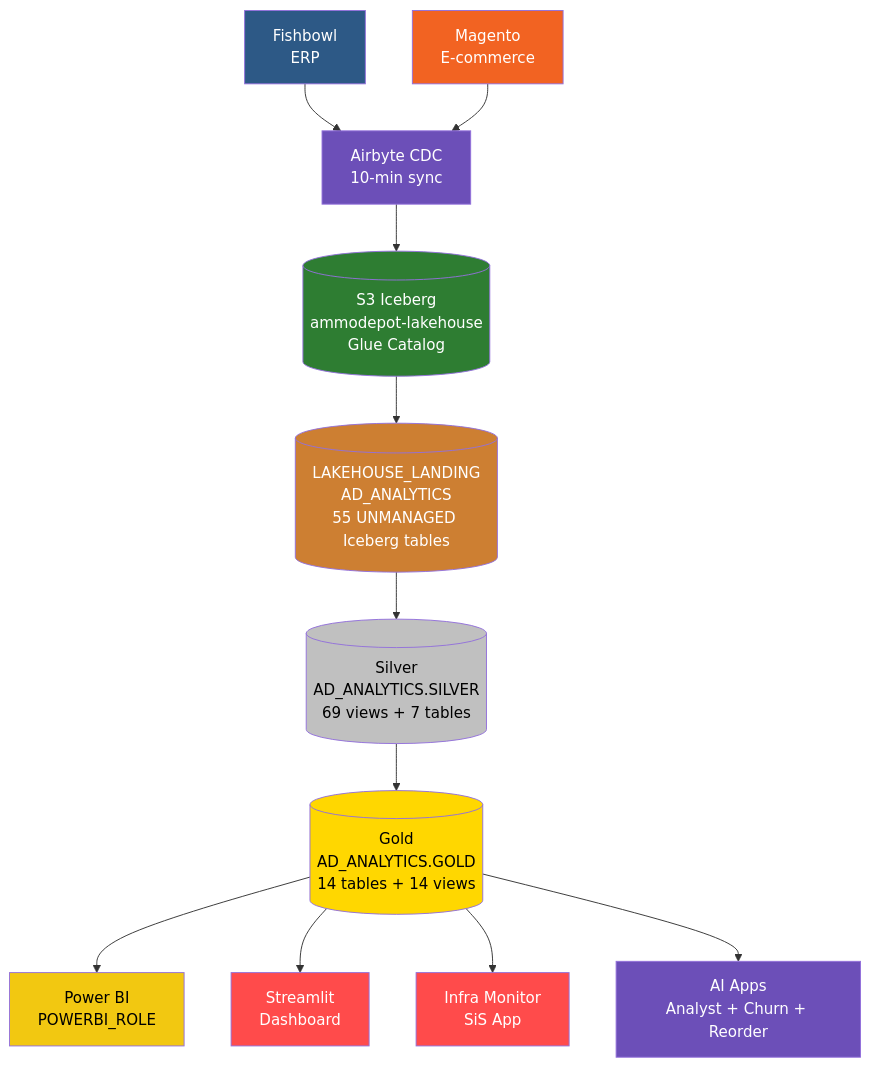
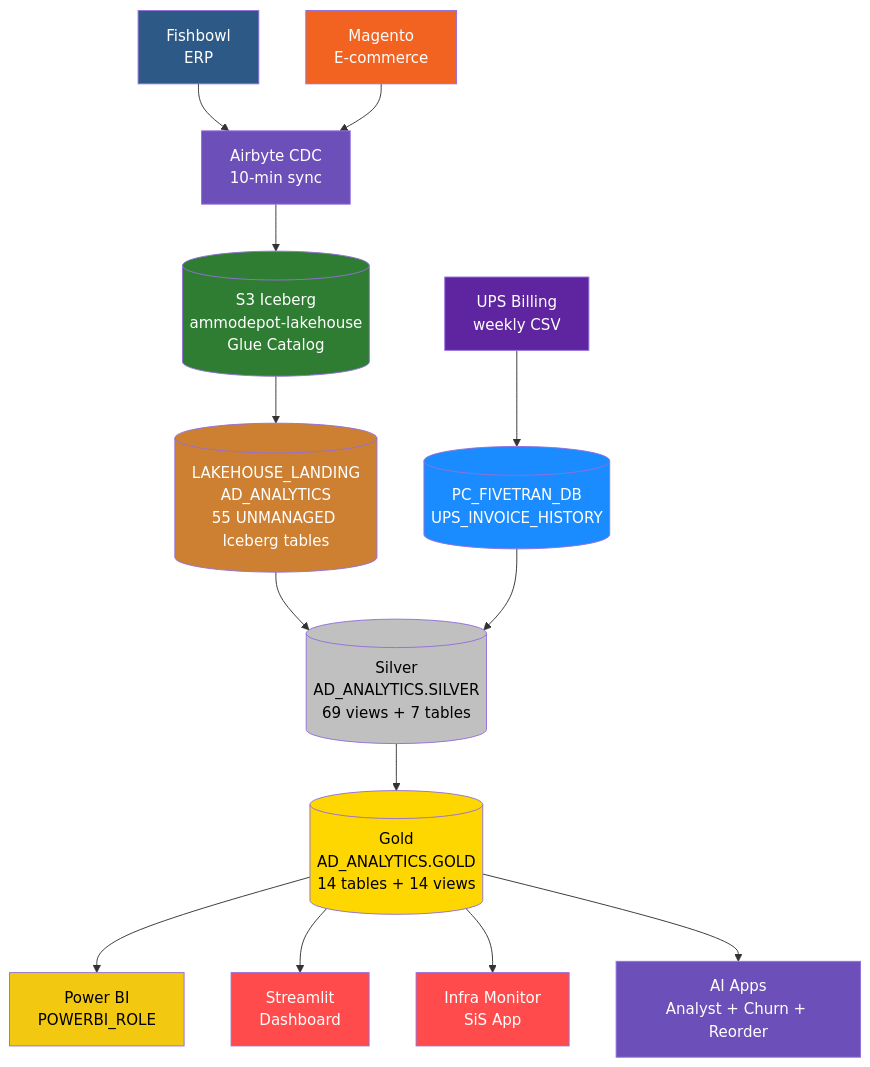
One commit to trinityBI-HQ/dbt_ammodepot changed the first of 4 diagrams in README.md. Above: the diagram before and after it, drawn with Mermaid. The commit also changed other lines of this file, not shown here.

````diff
--- a/README.md
+++ b/README.md
@@ -13,30 +13,34 @@
 ```mermaid
 flowchart TD
     FB[Fishbowl<br/>ERP] --> AC[Airbyte CDC<br/>10-min sync]
     MG[Magento<br/>E-commerce] --> AC
+    UPS[UPS Billing<br/>weekly CSV] --> FT[(PC_FIVETRAN_DB<br/>UPS_INVOICE_HISTORY)]
 
     AC --> S3[(S3 Iceberg<br/>ammodepot-lakehouse<br/>Glue Catalog)]
 
     S3 --> LL[(LAKEHOUSE_LANDING<br/>AD_ANALYTICS<br/>55 UNMANAGED Iceberg tables)]
 
     LL --> SV[(Silver<br/>AD_ANALYTICS.SILVER<br/>69 views + 7 tables)]
+    FT --> SV
 
     SV --> GD[(Gold<br/>AD_ANALYTICS.GOLD<br/>14 tables + 14 views)]
 
     GD --> PBI[Power BI<br/>POWERBI_ROLE]
     GD --> ST[Streamlit<br/>Dashboard]
     GD --> CM[Infra Monitor<br/>SiS App]
     GD --> AI[AI Apps<br/>Analyst + Churn + Reorder]
 
     style S3 fill:#2e7d32,color:#fff
     style LL fill:#cd7f32,color:#fff
     style SV fill:#c0c0c0,color:#000
     style GD fill:#ffd700,color:#000
     style FB fill:#2d5986,color:#fff
     style MG fill:#f26322,color:#fff
     style AC fill:#6c4fb8,color:#fff
     style PBI fill:#f2c811,color:#000
     style ST fill:#ff4b4b,color:#fff
     style CM fill:#ff4b4b,color:#fff
     style AI fill:#6c4fb8,color:#fff
+    style FT fill:#1a8cff,color:#fff
+    style UPS fill:#5f249f,color:#fff
 ```
````
